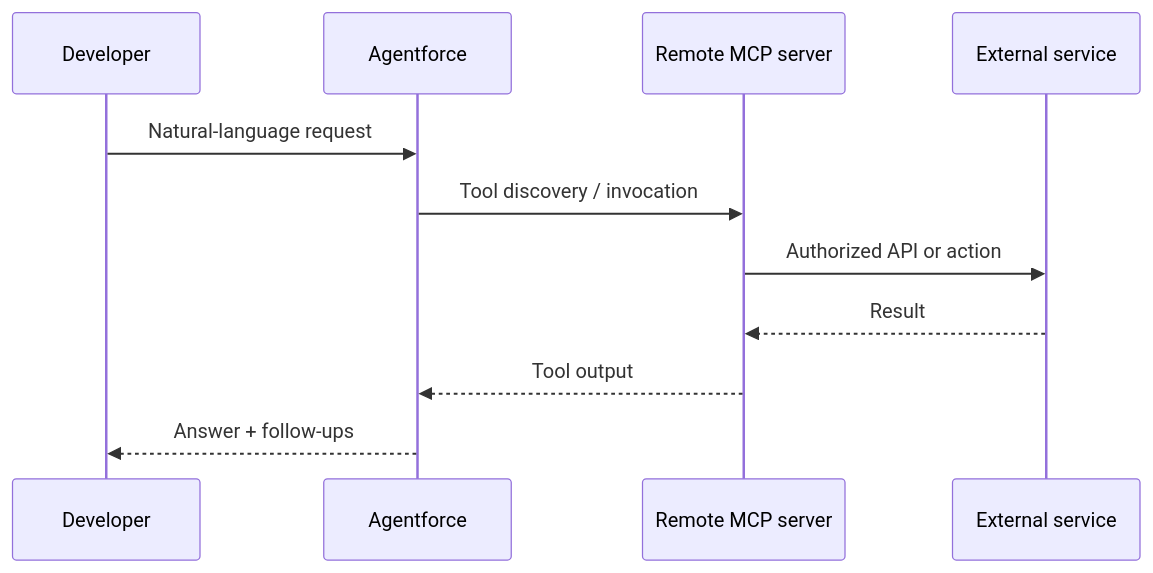
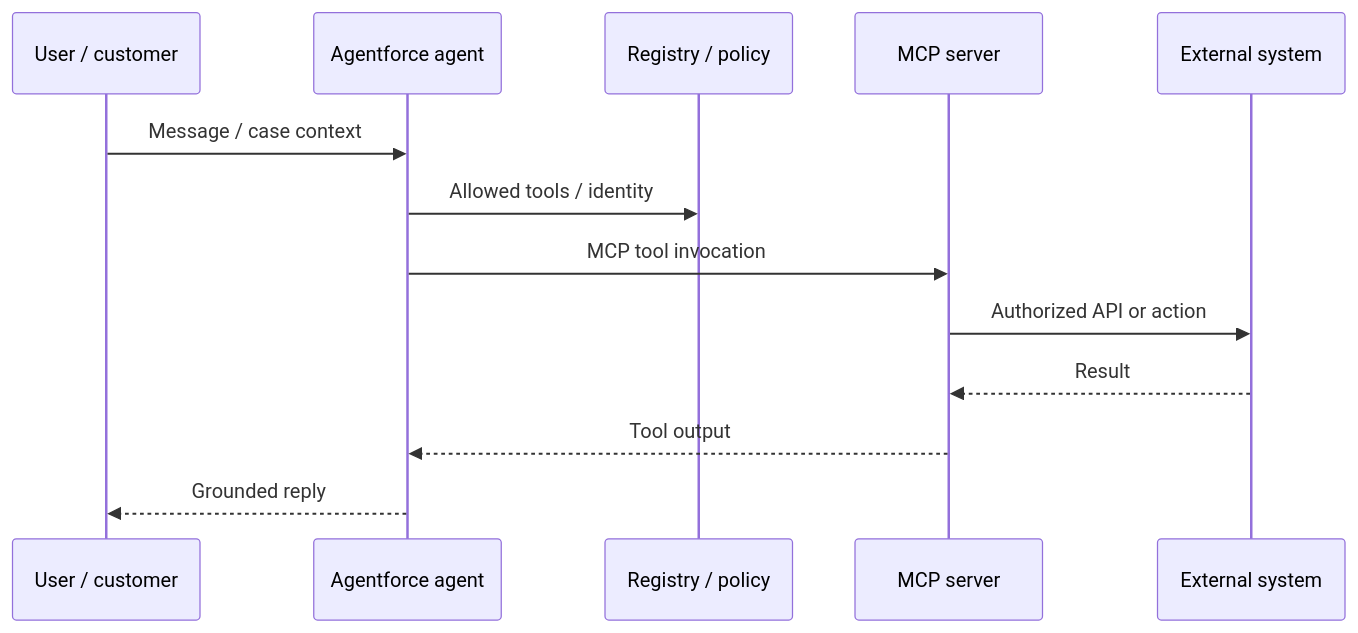
Before and after one commit to manpreet-sfdc/Salesforce-Agentforce-MCP-Integration-Guide: the third of 3 diagrams in README.md, drawn with Mermaid. The commit also changed other lines of this file, not shown here.

````diff
--- a/README.md
+++ b/README.md
@@ -38,13 +91,15 @@
 ```mermaid
 sequenceDiagram
-  participant You as Developer
-  participant AF as Agentforce
-  participant MCP as Remote MCP server
-  participant Svc as External service
-  You->>AF: Natural-language request
-  AF->>MCP: Tool discovery / invocation
-  MCP->>Svc: Authorized API or action
-  Svc-->>MCP: Result
-  MCP-->>AF: Tool output
-  AF-->>You: Answer + follow-ups
+  participant User as User / customer
+  participant Agent as Agentforce agent
+  participant Reg as Registry / policy
+  participant MCP as MCP server
+  participant API as External system
+  User->>Agent: Message / case context
+  Agent->>Reg: Allowed tools / identity
+  Agent->>MCP: MCP tool invocation
+  MCP->>API: Authorized API or action
+  API-->>MCP: Result
+  MCP-->>Agent: Tool output
+  Agent-->>User: Grounded reply
 ```
````
